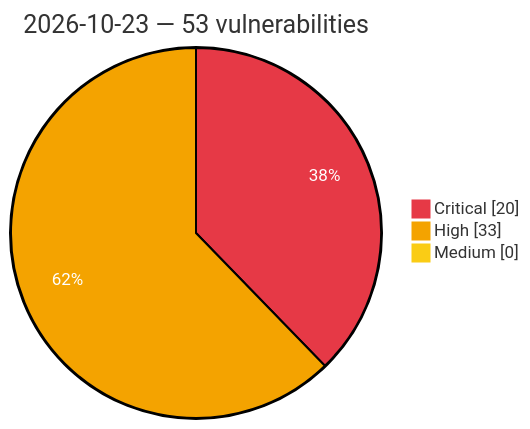
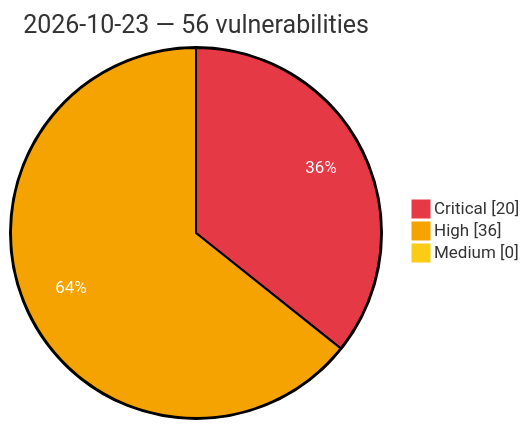
The diagram in vulnerabilities/2026/October/2026-10-23.md (GhostX0X/vuln-tracker), drawn with Mermaid before and after one commit. The commit also changed other lines of this file and 5 other files, not shown here.

````diff
--- a/vulnerabilities/2026/October/2026-10-23.md
+++ b/vulnerabilities/2026/October/2026-10-23.md
@@ -3,8 +3,8 @@
 ```mermaid
 %%{init: {'theme':'base', 'themeVariables': {'pie1':'#e63946', 'pie2':'#f4a300', 'pie3':'#facc15', 'pieOpacity':'1', 'pieOuterStrokeWidth':'2px', 'pieSectionTextColor':'#ffffff'}}}%%
 pie showData
-    title 2026-10-23 — 53 vulnerabilities
+    title 2026-10-23 — 56 vulnerabilities
     "Critical" : 20
-    "High" : 33
+    "High" : 36
     "Medium" : 0
 ```
````
